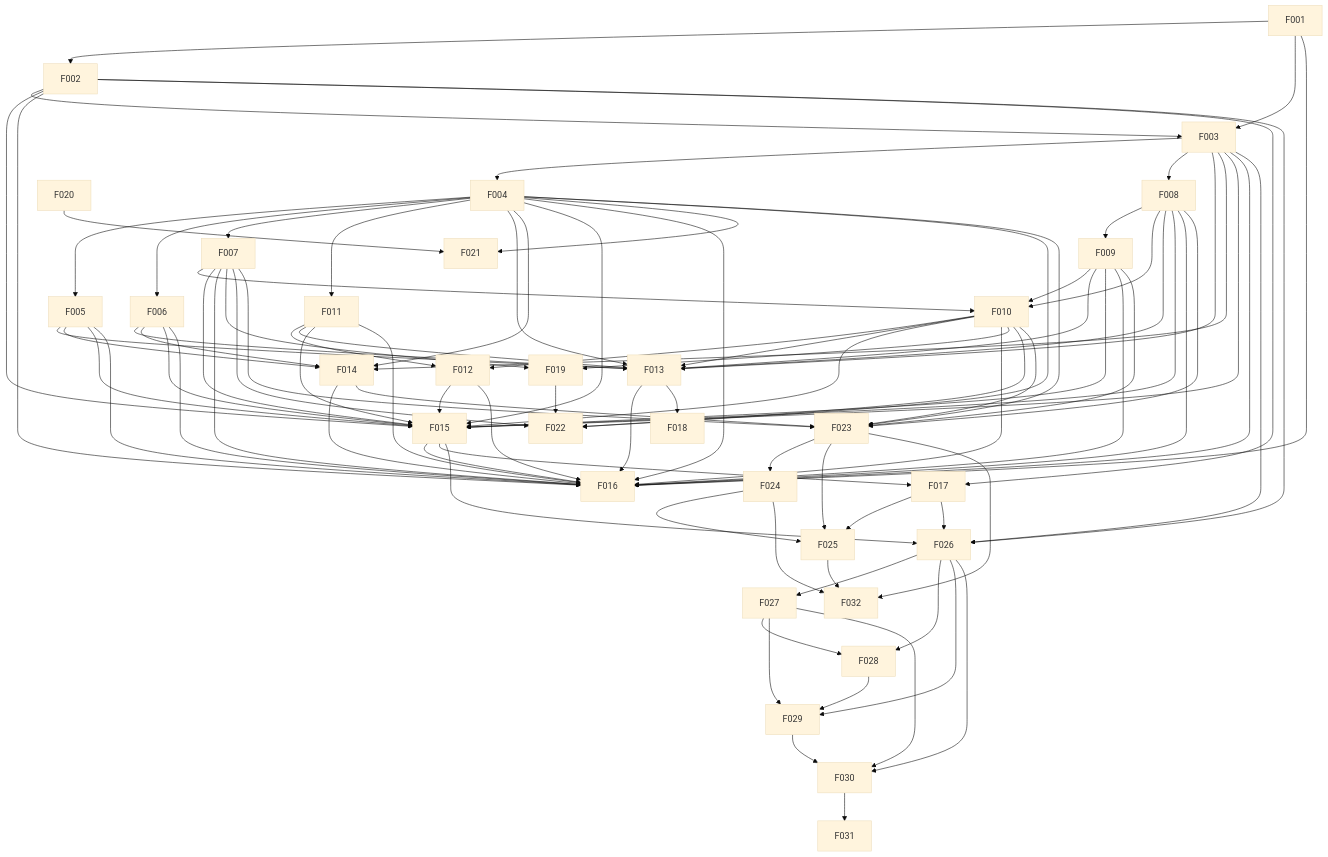
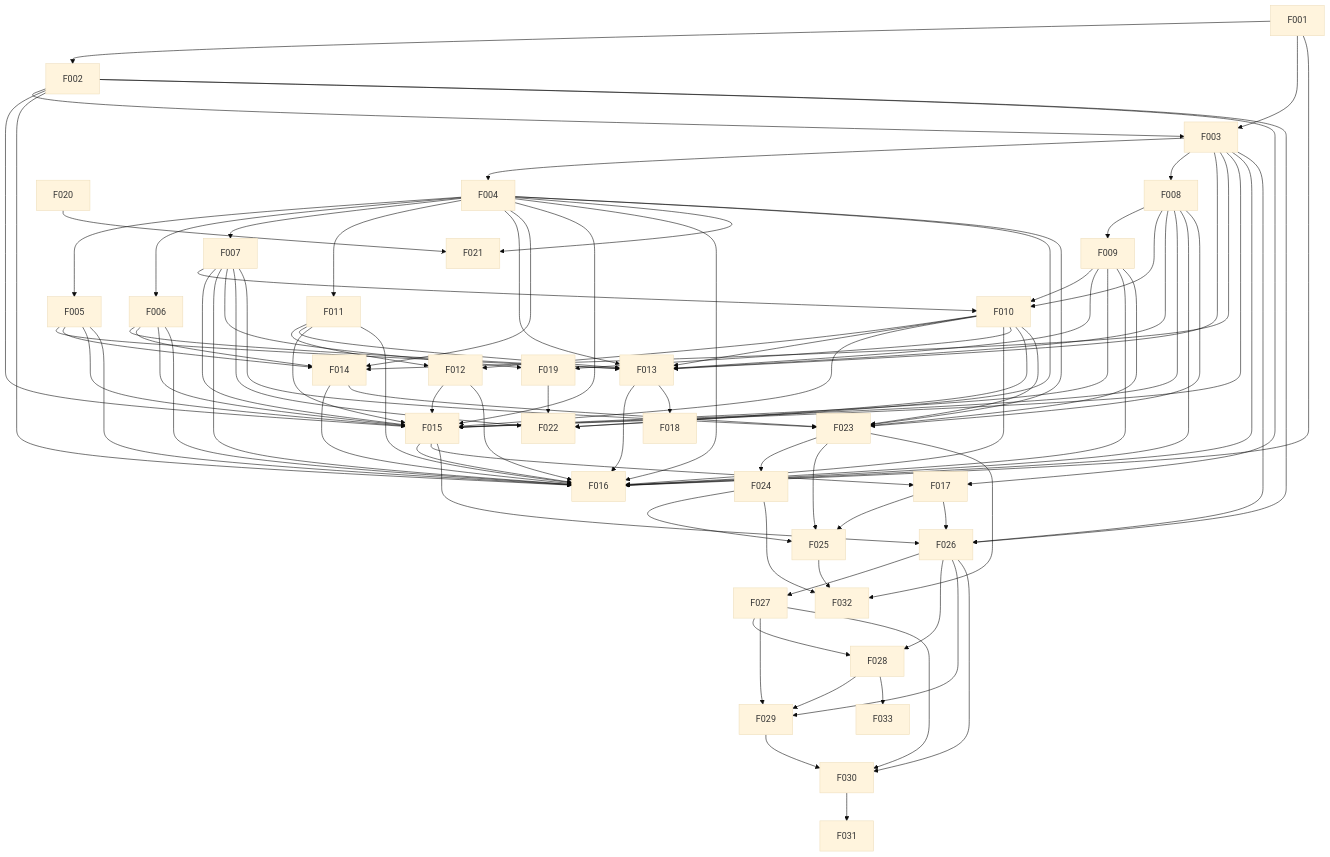
Before and after one commit to 47oo/csm: the diagram in docs/project/dependency-map.md, drawn with Mermaid (base theme). The commit also changed other lines of this file and 3 other files, not shown here.

````diff
--- a/docs/project/dependency-map.md
+++ b/docs/project/dependency-map.md
@@ -40,6 +40,7 @@
     n29["F030"]
     n30["F031"]
     n31["F032"]
+    n32["F033"]
     n0 --> n1
     n0 --> n2
     n1 --> n2
@@ -131,4 +132,5 @@
     n22 --> n31
     n23 --> n31
     n24 --> n31
+    n27 --> n32
 ```
````
